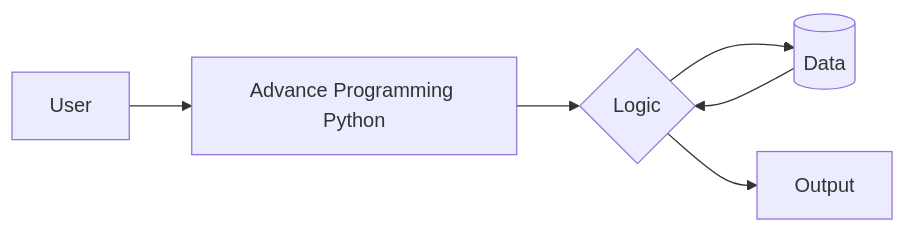
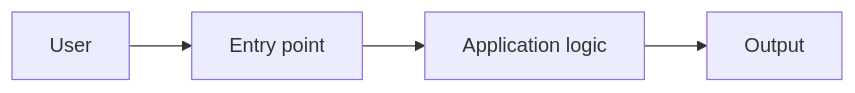
Before and after one commit to ALPHAMAN-0/Advance_Programming_Python: the diagram in README.md, drawn with Mermaid.

Commit message:
docs: replace generic architecture diagram with real one

````diff
--- a/README.md
+++ b/README.md
@@ -5,8 +5,6 @@
 ```mermaid
 flowchart LR
-    A[User] --> B[Advance Programming Python]
-    B --> C{Logic}
-    C --> D[(Data)]
-    C --> E[Output]
-    D --> C
+    User --> Entry[Entry point]
+    Entry --> Logic[Application logic]
+    Logic --> Output[Output]
 ```
````
